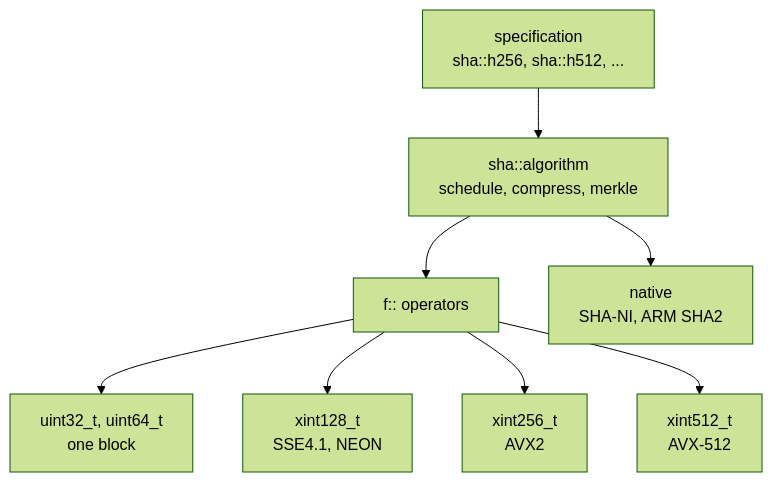
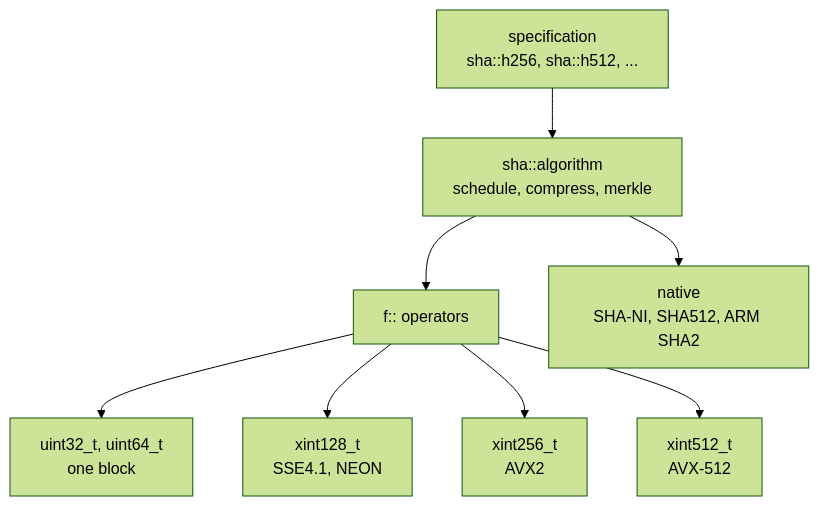
The diagram in architecture/system/md/hash.md (libbitcoin/libbitcoin.github.io), drawn with Mermaid (forest theme) before and after one commit. The commit also changed other lines of this file and 7 other files, not shown here.

````diff
--- a/architecture/system/md/hash.md
+++ b/architecture/system/md/hash.md
@@ -100,19 +102,19 @@
 ```mermaid
 flowchart TB
     spec["specification\nsha::h256, sha::h512, ..."]
     tmpl["sha::algorithm\nschedule, compress, merkle"]
     f["f:: operators"]
     int["uint32_t, uint64_t\none block"]
     x128["xint128_t\nSSE4.1, NEON"]
     x256["xint256_t\nAVX2"]
     x512["xint512_t\nAVX-512"]
-    nat["native\nSHA-NI, ARM SHA2"]
+    nat["native\nSHA-NI, SHA512, ARM SHA2"]
 
     spec --> tmpl
     tmpl --> f
     f --> int
     f --> x128
     f --> x256
     f --> x512
     tmpl --> nat
 ```
````
